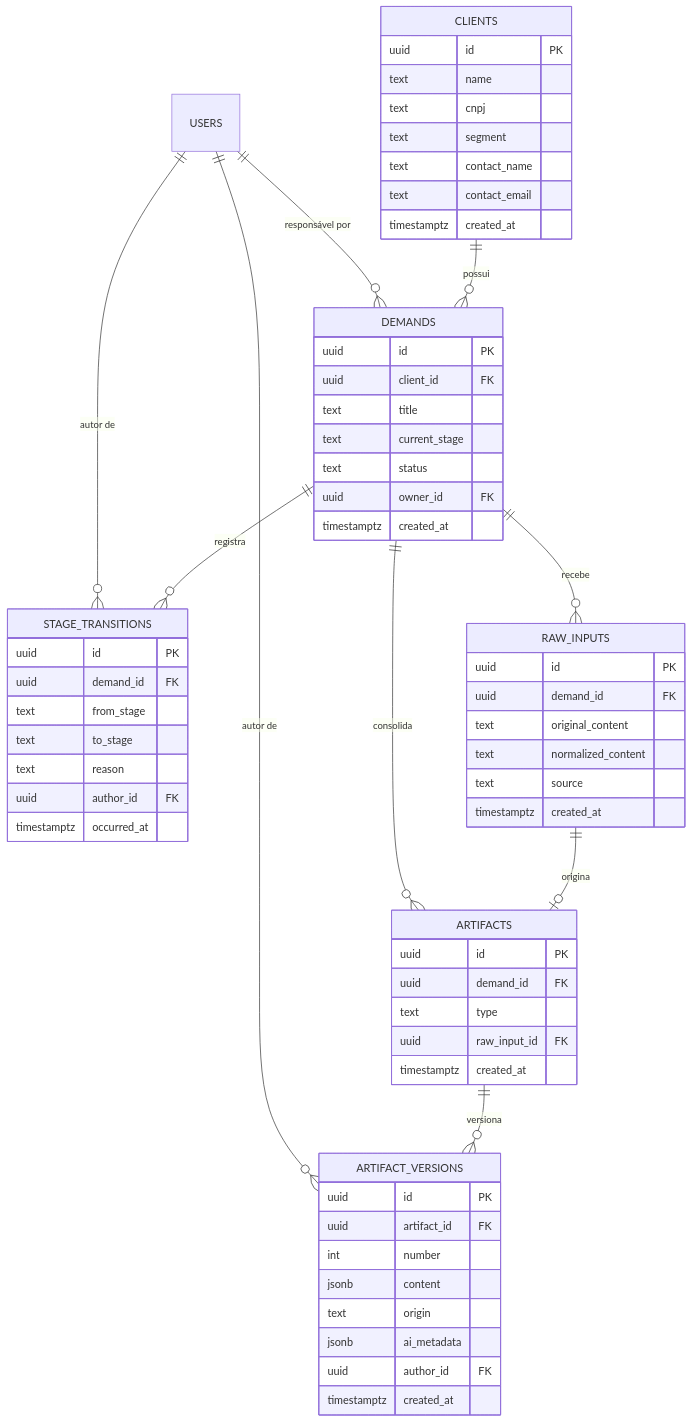
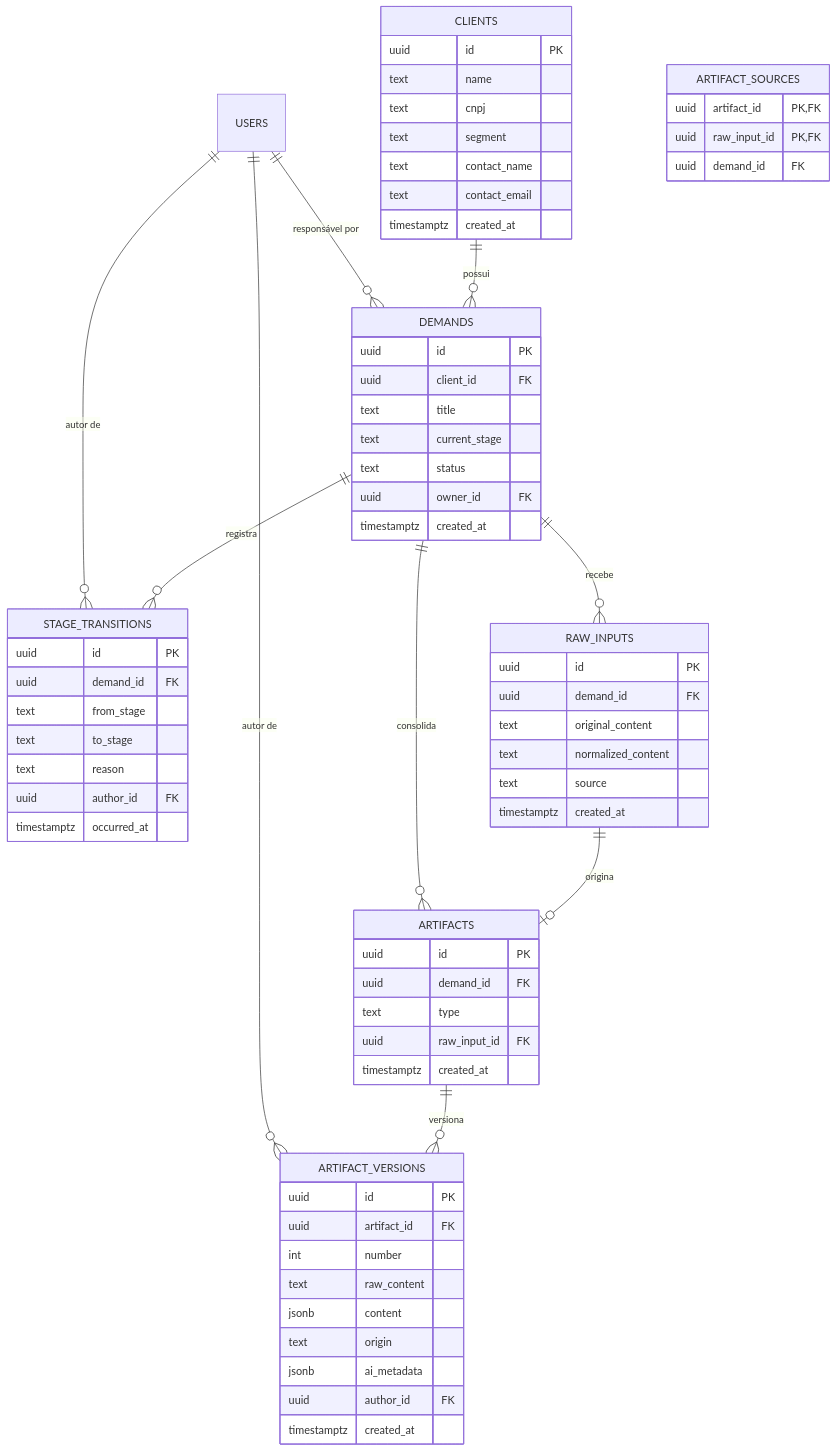
One commit to Projeto-Integrador-IV-IA/plataforma-cursos-corporativos changed the first of 2 diagrams in docs/03-dados/modelo-dados.md. Above: the diagram before and after it, drawn with Mermaid. The commit also changed other lines of this file and 16 other files, not shown here.

````diff
--- a/docs/03-dados/modelo-dados.md
+++ b/docs/03-dados/modelo-dados.md
@@ -16,71 +16,78 @@
 ```mermaid
 erDiagram
     USERS ||--o{ DEMANDS : "responsável por"
     USERS ||--o{ STAGE_TRANSITIONS : "autor de"
     USERS ||--o{ ARTIFACT_VERSIONS : "autor de"
 
     CLIENTS ||--o{ DEMANDS : "possui"
     DEMANDS ||--o{ RAW_INPUTS : "recebe"
     DEMANDS ||--o{ STAGE_TRANSITIONS : "registra"
     DEMANDS ||--o{ ARTIFACTS : "consolida"
     ARTIFACTS ||--o{ ARTIFACT_VERSIONS : "versiona"
     RAW_INPUTS ||--o| ARTIFACTS : "origina"
 
     CLIENTS {
         uuid id PK
         text name
         text cnpj
         text segment
         text contact_name
         text contact_email
         timestamptz created_at
     }
 
     DEMANDS {
         uuid id PK
         uuid client_id FK
         text title
         text current_stage
         text status
         uuid owner_id FK
         timestamptz created_at
     }
 
     RAW_INPUTS {
         uuid id PK
         uuid demand_id FK
         text original_content
         text normalized_content
         text source
         timestamptz created_at
     }
 
     STAGE_TRANSITIONS {
         uuid id PK
         uuid demand_id FK
         text from_stage
         text to_stage
         text reason
         uuid author_id FK
         timestamptz occurred_at
     }
 
     ARTIFACTS {
         uuid id PK
         uuid demand_id FK
         text type
         uuid raw_input_id FK
         timestamptz created_at
     }
 
     ARTIFACT_VERSIONS {
         uuid id PK
         uuid artifact_id FK
         int number
+        text raw_content
         jsonb content
         text origin
         jsonb ai_metadata
         uuid author_id FK
         timestamptz created_at
     }
+
+    ARTIFACT_SOURCES {
+        uuid artifact_id PK, FK
+        uuid raw_input_id PK, FK
+        uuid demand_id FK
+    }
 ```
````
